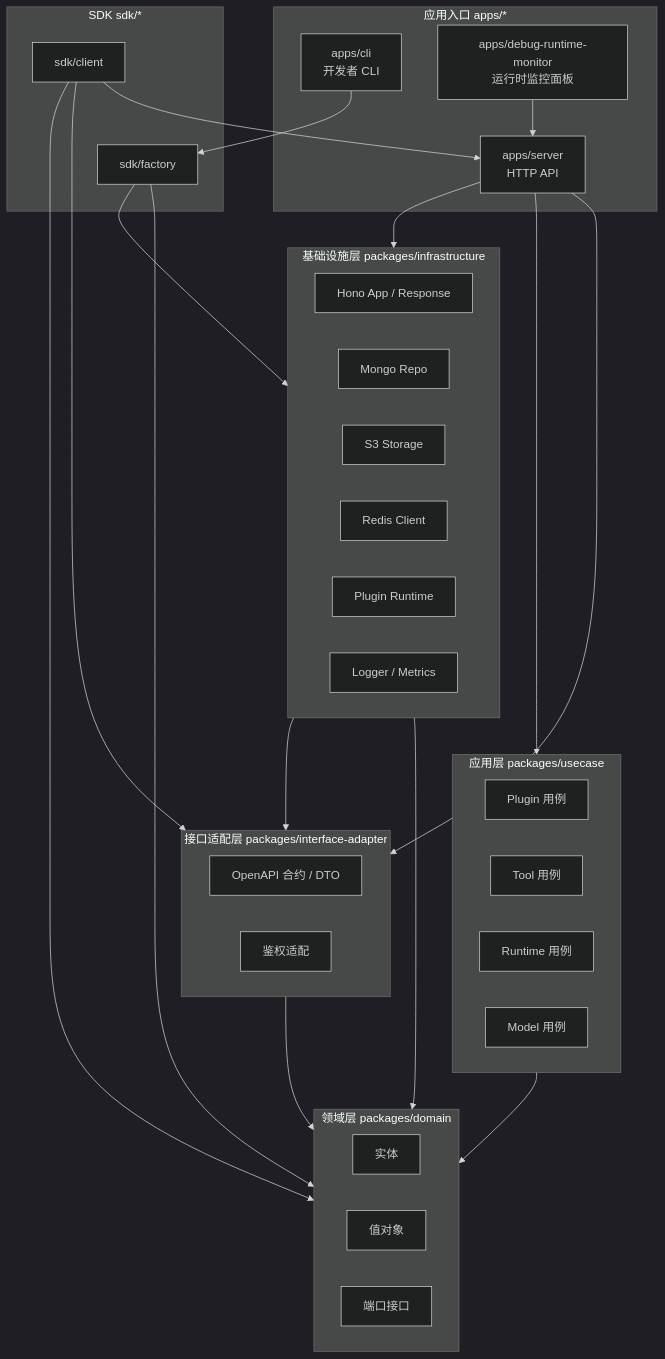
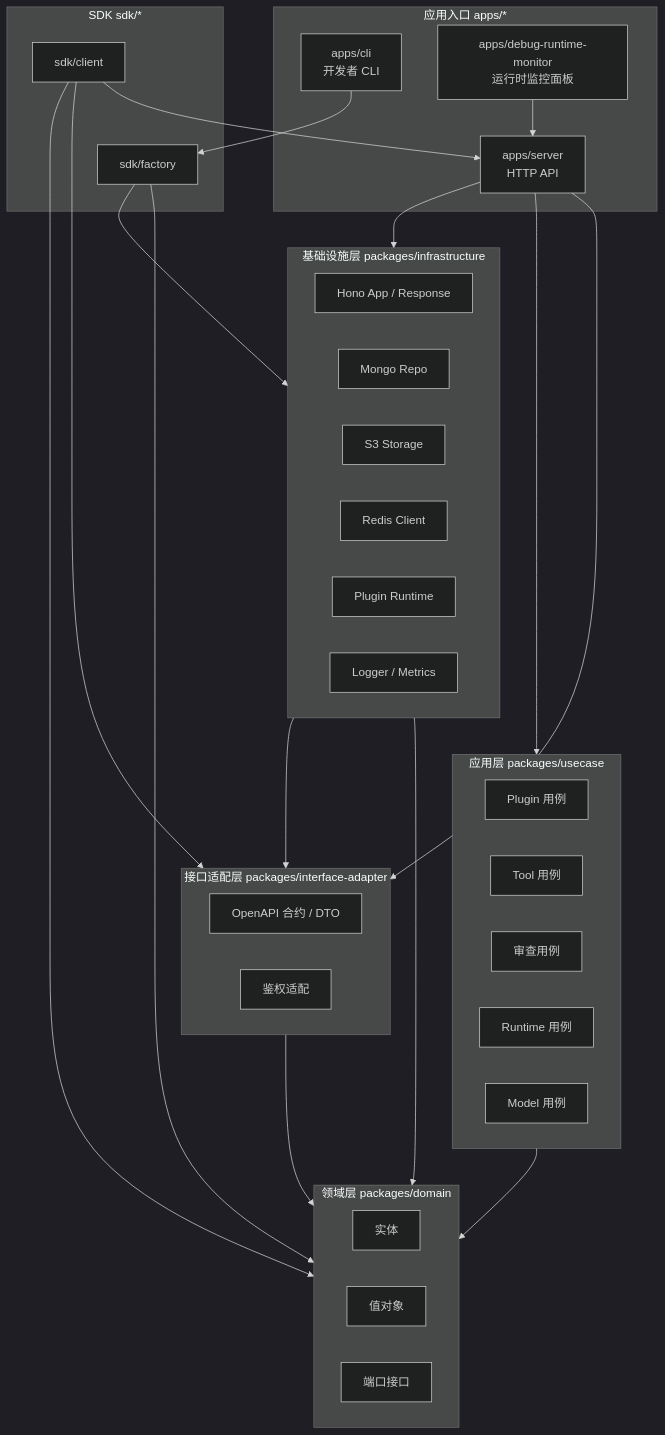
One commit to labring/fastgpt-plugin changed the first of 2 diagrams in docs/dev/architecture.zh.md. Above: the diagram before and after it, drawn with Mermaid (dark theme). The commit also changed other lines of this file and 122 other files, not shown here.

````diff
--- a/docs/dev/architecture.zh.md
+++ b/docs/dev/architecture.zh.md
@@ -38,55 +38,56 @@
 ```mermaid
 flowchart TB
     subgraph Apps["应用入口 apps/*"]
         Server["apps/server\nHTTP API"]
         CLI["apps/cli\n开发者 CLI"]
         Monitor["apps/debug-runtime-monitor\n运行时监控面板"]
     end
 
     subgraph Adapter["接口适配层 packages/interface-adapter"]
         Contracts["OpenAPI 合约 / DTO"]
         Auth["鉴权适配"]
     end
 
     subgraph Usecase["应用层 packages/usecase"]
         PluginUC["Plugin 用例"]
         ToolUC["Tool 用例"]
+        ModerationUC["审查用例"]
         RuntimeUC["Runtime 用例"]
         ModelUC["Model 用例"]
     end
 
     subgraph Domain["领域层 packages/domain"]
         Entities["实体"]
         ValueObjects["值对象"]
         Ports["端口接口"]
     end
 
     subgraph Infra["基础设施层 packages/infrastructure"]
         Hono["Hono App / Response"]
         Mongo["Mongo Repo"]
         S3["S3 Storage"]
         Redis["Redis Client"]
         Runtime["Plugin Runtime"]
         Metrics["Logger / Metrics"]
     end
 
     subgraph SDK["SDK sdk/*"]
         ClientSDK["sdk/client"]
         FactorySDK["sdk/factory"]
     end
 
     Server --> Adapter
     Server --> Usecase
     Server --> Infra
     CLI --> FactorySDK
     Monitor --> Server
     Adapter --> Domain
     Usecase --> Domain
     Infra --> Domain
     Infra --> Adapter
     ClientSDK --> Server
     ClientSDK --> Adapter
     ClientSDK --> Domain
     FactorySDK --> Domain
     FactorySDK --> Infra
 ```
````
